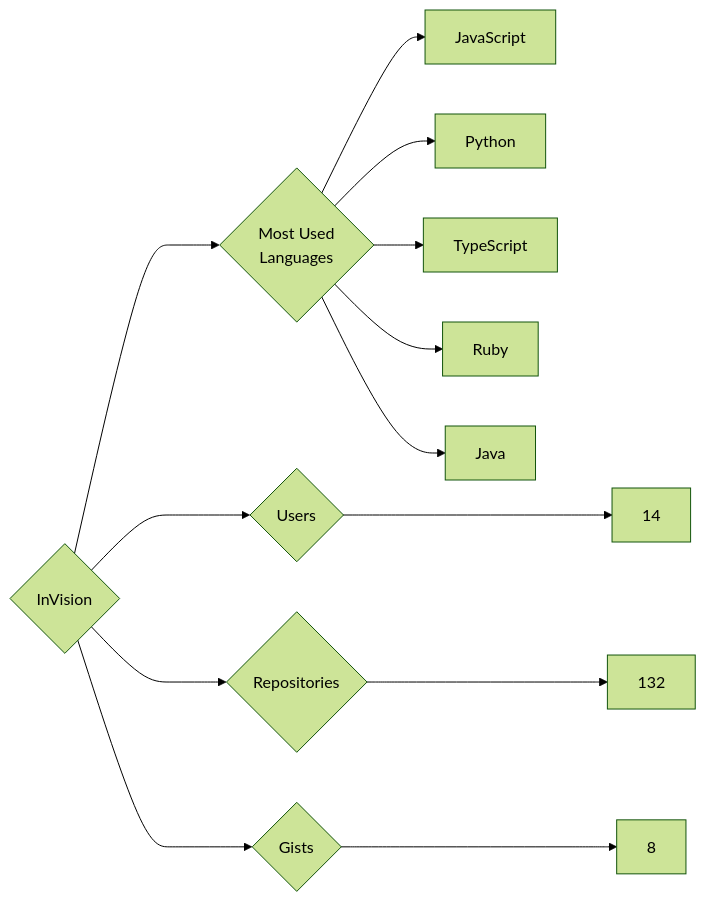
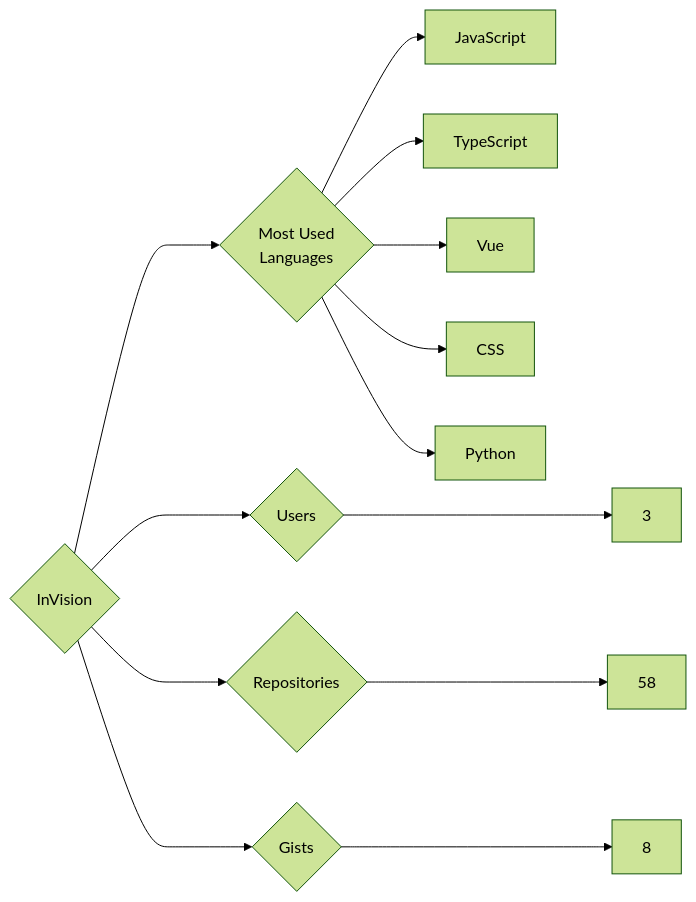
One commit to trickest/insiders changed the diagram in targets/InVision/README.md. Above: the diagram before and after it, drawn with Mermaid (forest theme). The commit also changed 809 other files, not shown here.

````diff
--- a/targets/InVision/README.md
+++ b/targets/InVision/README.md
@@ -3,13 +3,13 @@
 ```mermaid
 graph LR
 COMPANY_NAME{InVision}
-COMPANY_NAME ---> U{Users} ---> UN[14]
-COMPANY_NAME ---> R{Repositories} ---> RN[132]
+COMPANY_NAME ---> U{Users} ---> UN[3]
+COMPANY_NAME ---> R{Repositories} ---> RN[58]
 COMPANY_NAME ---> G{Gists} ---> GN[8]
 COMPANY_NAME ---> ML{Most Used<br>Languages}
 ML --> JavaScript[JavaScript]
+ML --> TypeScript[TypeScript]
+ML --> Vue[Vue]
+ML --> CSS[CSS]
 ML --> Python[Python]
-ML --> TypeScript[TypeScript]
-ML --> Ruby[Ruby]
-ML --> Java[Java]
 ```
````
